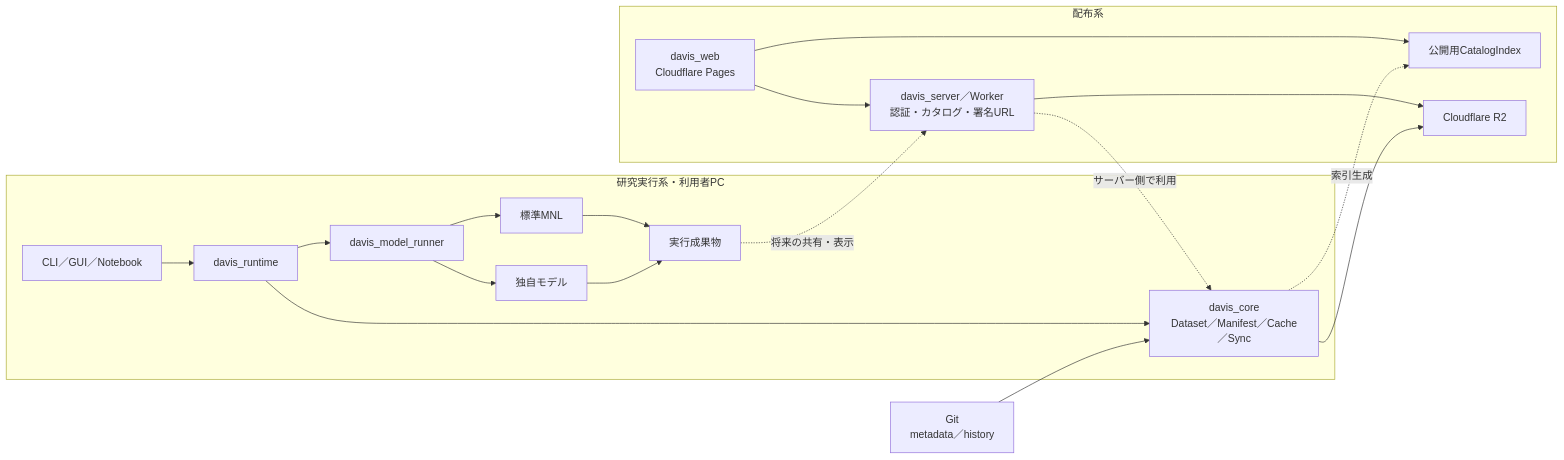
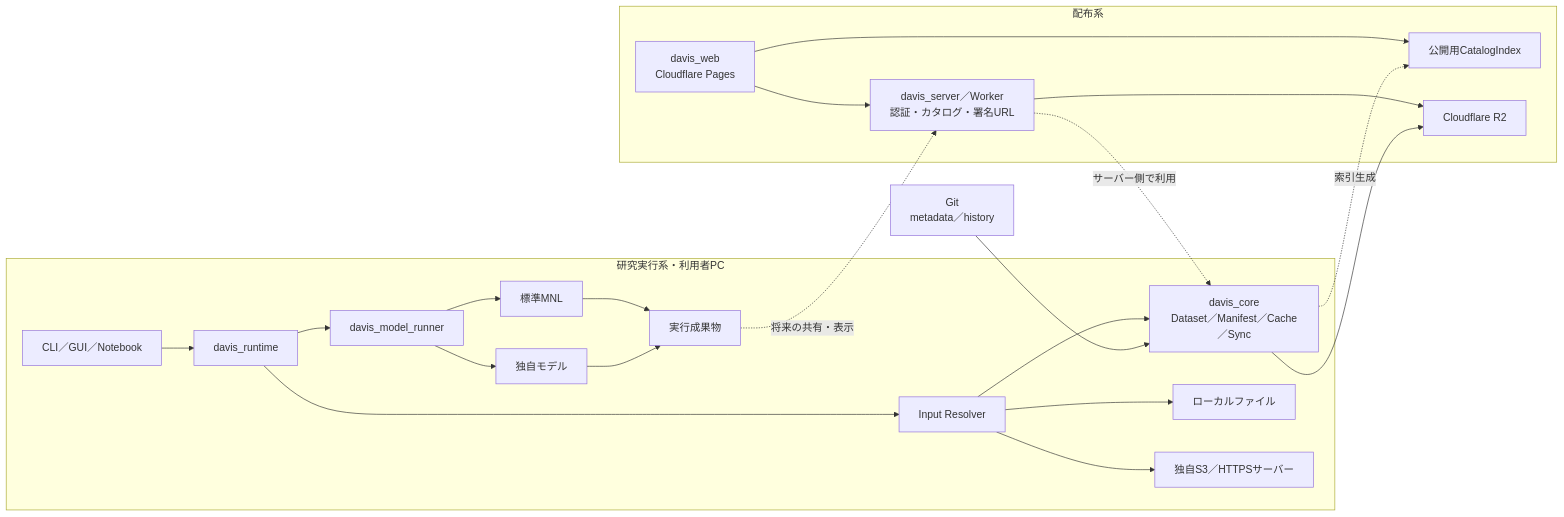
Before and after one commit to bin-utokyo/davis: the second of 2 diagrams in docs/davis-platform-concept.md, drawn with Mermaid. The commit also changed other lines of this file, not shown here.

````diff
--- a/docs/davis-platform-concept.md
+++ b/docs/davis-platform-concept.md
@@ -273,31 +295,37 @@
 ```mermaid
 flowchart LR
     subgraph Cloud["配布系"]
         Web["davis_web<br/>Cloudflare Pages"]
         API["davis_server／Worker<br/>認証・カタログ・署名URL"]
         Index["公開用CatalogIndex"]
         R2["Cloudflare R2"]
         Web --> Index
         Web --> API --> R2
     end
 
     subgraph Local["研究実行系・利用者PC"]
         Clients["CLI／GUI／Notebook"]
         Runtime["davis_runtime"]
+        Resolver["Input Resolver"]
         Core["davis_core<br/>Dataset／Manifest／Cache／Sync"]
+        LocalFiles["ローカルファイル"]
+        External["独自S3／HTTPSサーバー"]
         Runner["davis_model_runner"]
         ModelA["標準MNL"]
         ModelB["独自モデル"]
         Artifacts["実行成果物"]
-        Clients --> Runtime --> Runner
-        Runtime --> Core
+        Clients --> Runtime --> Resolver
+        Resolver --> Core
+        Resolver --> LocalFiles
+        Resolver --> External
+        Runtime --> Runner
         Runner --> ModelA --> Artifacts
         Runner --> ModelB --> Artifacts
     end
 
     Git["Git<br/>metadata／history"] --> Core
     Core --> R2
     Core -. "索引生成" .-> Index
     API -. "サーバー側で利用" .-> Core
     Artifacts -. "将来の共有・表示" .-> API
 ```
````
